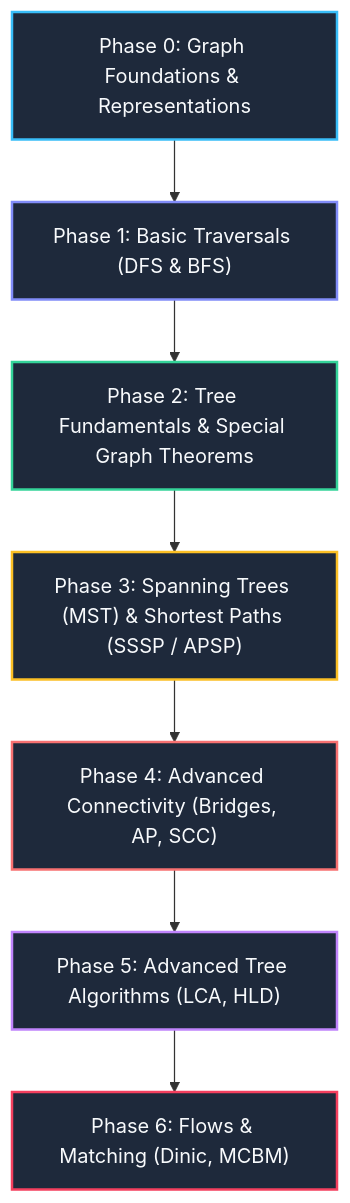
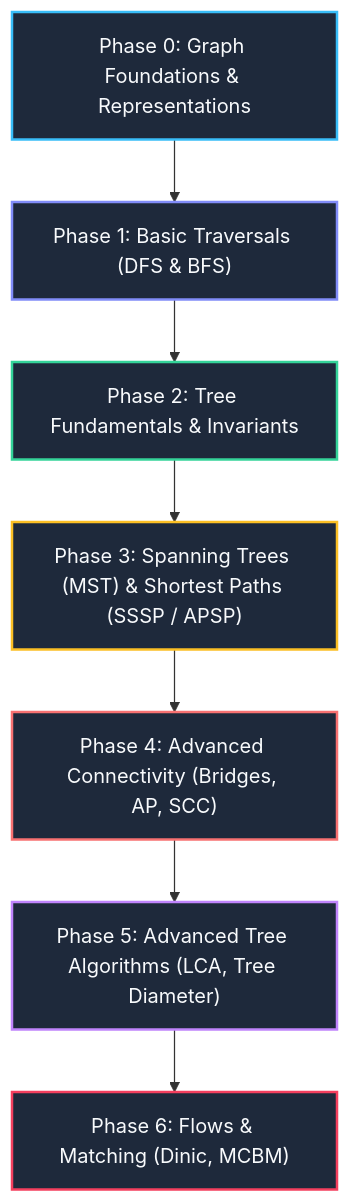
Before and after one commit to AkmKawser/Science_Of_Coding: the diagram in query/001_graph_and_tree_learning_roadmap.md, drawn with Mermaid. The commit also changed other lines of this file and 1 other file, not shown here.

First line of the commit message:
Add runnable Python and Java graph examples

````diff
--- a/query/001_graph_and_tree_learning_roadmap.md
+++ b/query/001_graph_and_tree_learning_roadmap.md
@@ -15,17 +16,17 @@
 ```mermaid
 flowchart TD
     G0["Phase 0: Graph Foundations & Representations"] --> G1["Phase 1: Basic Traversals (DFS & BFS)"]
-    G1 --> G2["Phase 2: Tree Fundamentals & Special Graph Theorems"]
+    G1 --> G2["Phase 2: Tree Fundamentals & Invariants"]
     G2 --> G3["Phase 3: Spanning Trees (MST) & Shortest Paths (SSSP / APSP)"]
     G3 --> G4["Phase 4: Advanced Connectivity (Bridges, AP, SCC)"]
-    G4 --> G5["Phase 5: Advanced Tree Algorithms (LCA, HLD)"]
+    G4 --> G5["Phase 5: Advanced Tree Algorithms (LCA, Tree Diameter)"]
     G5 --> G6["Phase 6: Flows & Matching (Dinic, MCBM)"]
     
     style G0 fill:#1e293b,stroke:#38bdf8,stroke-width:2px,color:#f8fafc
     style G1 fill:#1e293b,stroke:#818cf8,stroke-width:2px,color:#f8fafc
     style G2 fill:#1e293b,stroke:#34d399,stroke-width:2px,color:#f8fafc
     style G3 fill:#1e293b,stroke:#fbbf24,stroke-width:2px,color:#f8fafc
     style G4 fill:#1e293b,stroke:#f87171,stroke-width:2px,color:#f8fafc
     style G5 fill:#1e293b,stroke:#c084fc,stroke-width:2px,color:#f8fafc
     style G6 fill:#1e293b,stroke:#f43f5e,stroke-width:2px,color:#f8fafc
 ```
````
